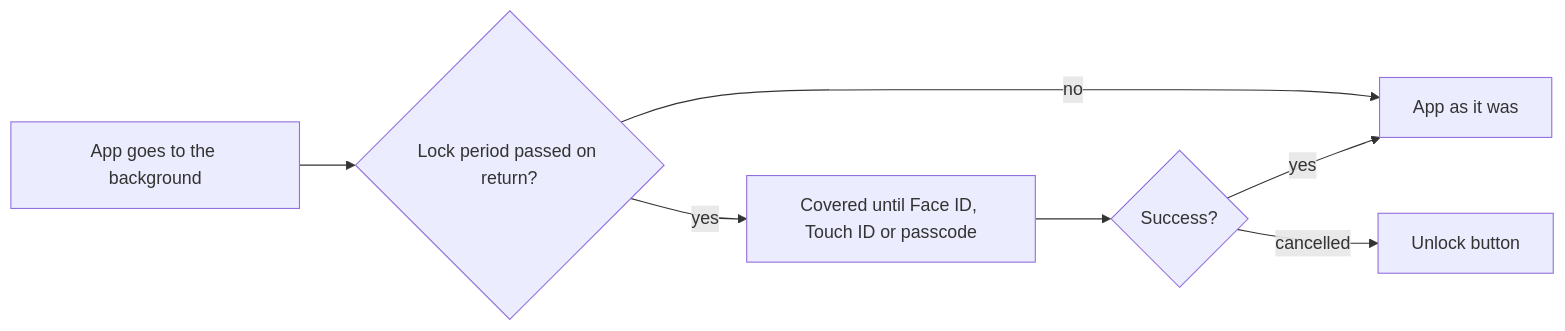
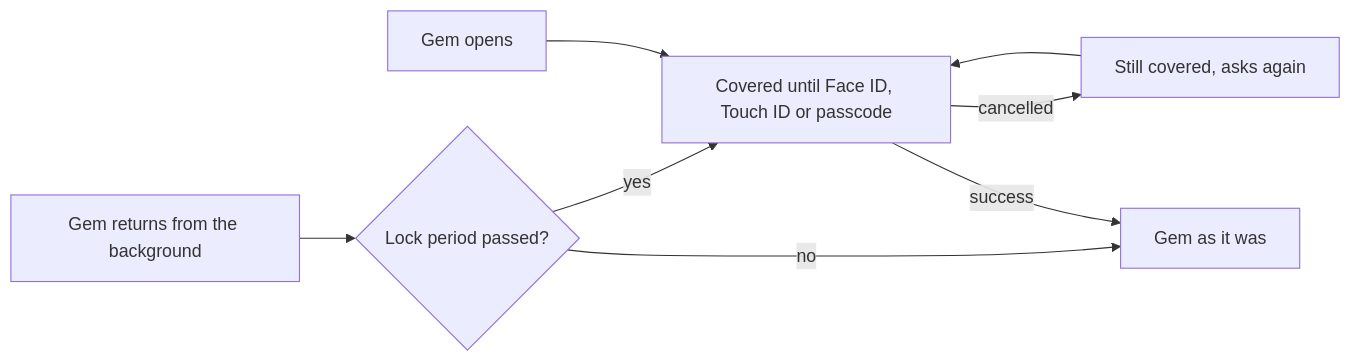
The first of 2 diagrams in docs/product/settings.md (gemwalletcom/wallet), drawn with Mermaid before and after one commit. The commit also changed other lines of this file and 91 other files, not shown here.

First line of the commit message:
Unlock the iOS app through a keychain lock key and remove Privacy Lock

````diff
--- a/docs/product/settings.md
+++ b/docs/product/settings.md
@@ -12,8 +12,9 @@
 ```mermaid
 flowchart LR
-    A[App goes to the background] --> B{Lock period passed on return?}
-    B -- no --> C[App as it was]
-    B -- yes --> D[Covered until Face ID, Touch ID or passcode] --> E{Success?}
-    E -- yes --> C
-    E -- cancelled --> F[Unlock button]
+    A[Gem opens] --> C[Covered until Face ID, Touch ID or passcode]
+    B[Gem returns from the background] --> D{Lock period passed?}
+    D -- no --> E[Gem as it was]
+    D -- yes --> C
+    C -- success --> E
+    C -- cancelled --> F[Still covered, asks again] --> C
 ```
````
